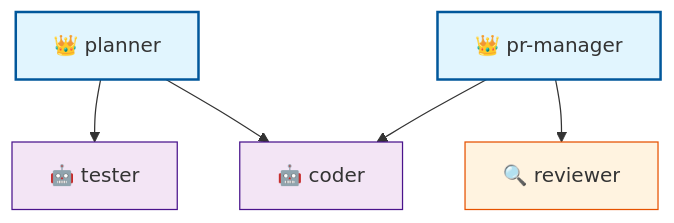
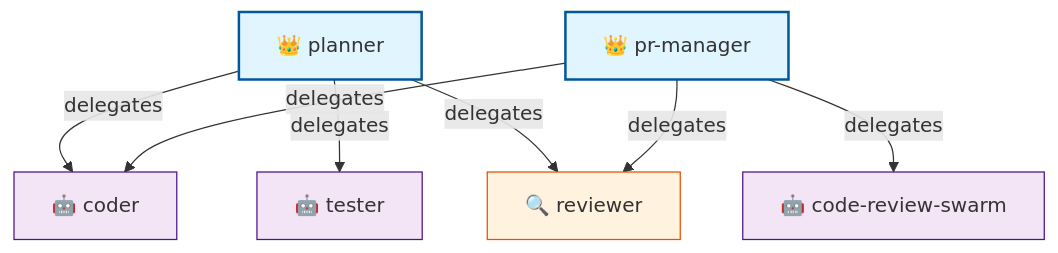
The second of 2 diagrams in examples/README-example.md (vipasane/agentscope), drawn with Mermaid before and after one commit. The commit also changed other lines of this file and 10 other files, not shown here.

````diff
--- a/examples/README-example.md
+++ b/examples/README-example.md
@@ -105,18 +113,20 @@
 ```mermaid
 graph TB
     planner["👑 planner"]
     pr_manager["👑 pr-manager"]
 
-    planner --> coder["🤖 coder"]
-    planner --> tester["🤖 tester"]
+    planner -->|delegates| coder["🤖 coder"]
+    planner -->|delegates| tester["🤖 tester"]
+    planner -->|delegates| reviewer["🔍 reviewer"]
 
-    pr_manager --> reviewer["🔍 reviewer"]
-    pr_manager --> coder
+    pr_manager -->|delegates| code_review["🤖 code-review-swarm"]
+    pr_manager -->|delegates| coder
+    pr_manager -->|delegates| reviewer
 
     classDef coord fill:#e1f5fe,stroke:#01579b,stroke-width:2px
     classDef worker fill:#f3e5f5,stroke:#4a148c
     classDef review fill:#fff3e0,stroke:#e65100
     class planner,pr_manager coord
-    class coder,tester worker
+    class coder,tester,code_review worker
     class reviewer review
 ```
````
